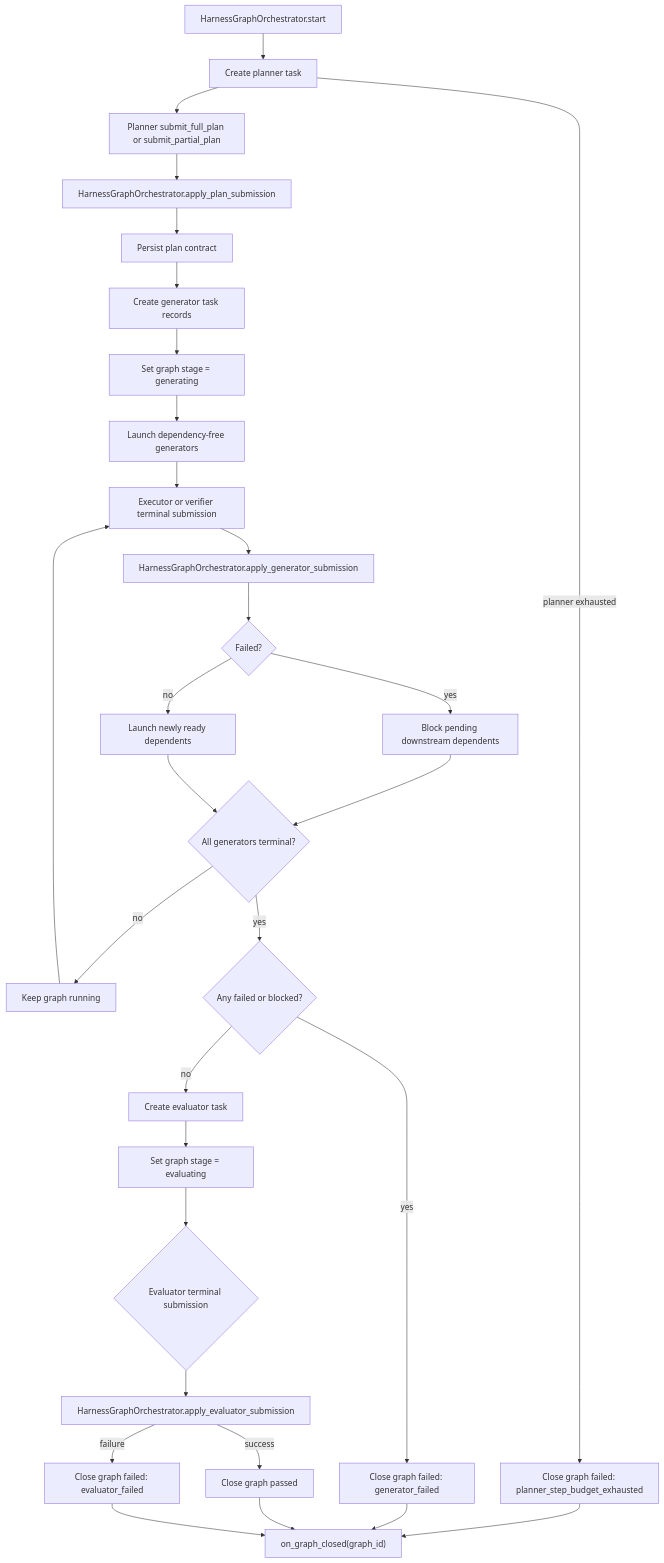
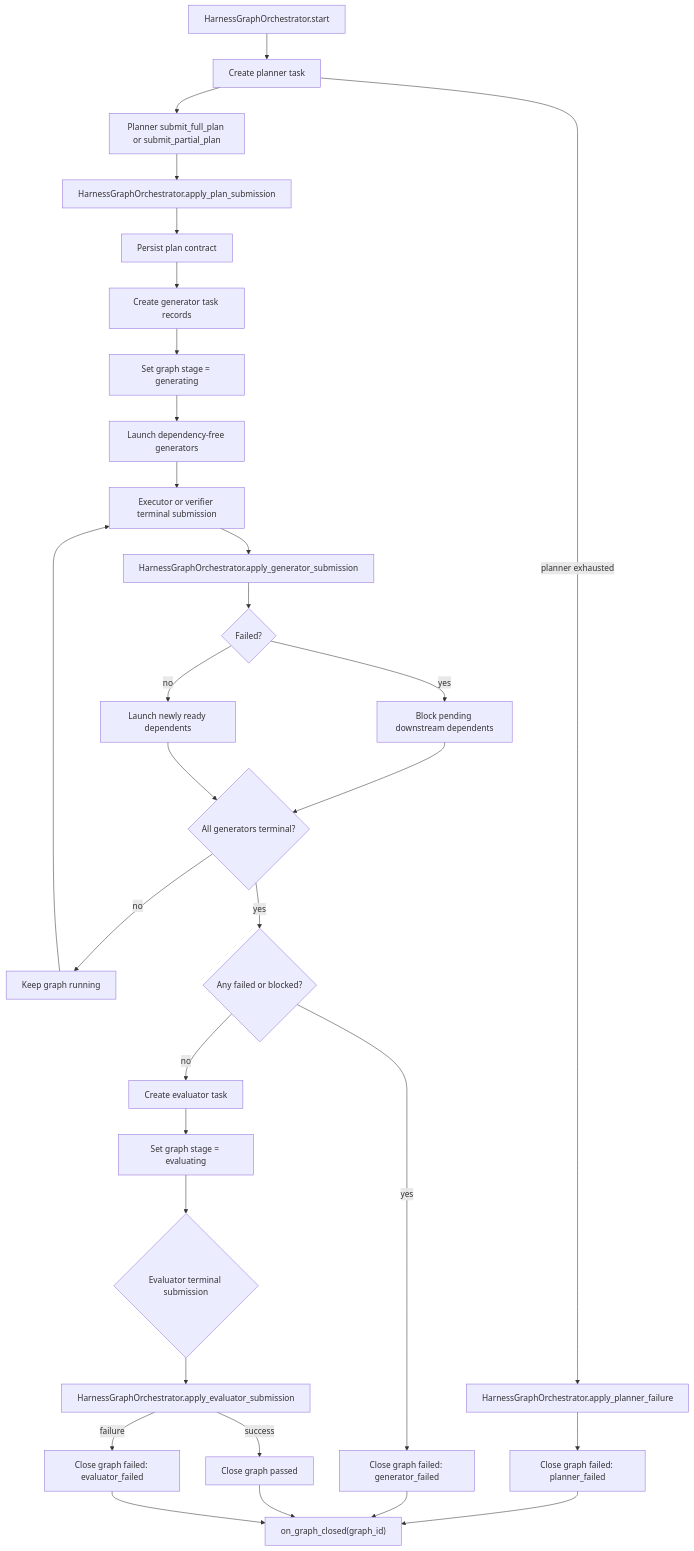
Before and after one commit to Ephemeral-AI-Lab/ephemeral-os: the first of 3 diagrams in docs/architecture/task-center-harness-migration/phase-02-implementation-plan.md, drawn with Mermaid. The commit also changed other lines of this file and 1 other file, not shown here.

First line of the commit message:
docs(phase-02): unify close paths via apply_planner_failure

````diff
--- a/docs/architecture/task-center-harness-migration/phase-02-implementation-plan.md
+++ b/docs/architecture/task-center-harness-migration/phase-02-implementation-plan.md
@@ -114,37 +114,38 @@
 ```mermaid
 flowchart TD
     Start["HarnessGraphOrchestrator.start"] --> Planner["Create planner task"]
     Planner --> PlanTool["Planner submit_full_plan or submit_partial_plan"]
     PlanTool --> PlanMutation["HarnessGraphOrchestrator.apply_plan_submission"]
     PlanMutation --> Contract["Persist plan contract"]
     Contract --> GenRecords["Create generator task records"]
     GenRecords --> GenStage["Set graph stage = generating"]
     GenStage --> LaunchRoots["Launch dependency-free generators"]
 
-    Planner -->|"planner exhausted"| PlannerFail["Close graph failed: planner_step_budget_exhausted"]
+    Planner -->|"planner exhausted"| PlannerFailMutation["HarnessGraphOrchestrator.apply_planner_failure"]
+    PlannerFailMutation --> PlannerFail["Close graph failed: planner_failed"]
 
     LaunchRoots --> GenEvent["Executor or verifier terminal submission"]
     GenEvent --> GenMutation["HarnessGraphOrchestrator.apply_generator_submission"]
     GenMutation --> GenFailed{"Failed?"}
     GenFailed -->|"yes"| BlockDeps["Block pending downstream dependents"]
     GenFailed -->|"no"| LaunchReady["Launch newly ready dependents"]
 
     BlockDeps --> Quiescent{"All generators terminal?"}
     LaunchReady --> Quiescent
     Quiescent -->|"no"| Wait["Keep graph running"]
     Wait --> GenEvent
     Quiescent -->|"yes"| AnyBad{"Any failed or blocked?"}
     AnyBad -->|"yes"| GenFail["Close graph failed: generator_failed"]
     AnyBad -->|"no"| Eval["Create evaluator task"]
 
     Eval --> EvalStage["Set graph stage = evaluating"]
     EvalStage --> EvalEvent{"Evaluator terminal submission"}
     EvalEvent --> EvalMutation["HarnessGraphOrchestrator.apply_evaluator_submission"]
     EvalMutation -->|"success"| Passed["Close graph passed"]
     EvalMutation -->|"failure"| EvalFail["Close graph failed: evaluator_failed"]
 
     PlannerFail --> Callback["on_graph_closed(graph_id)"]
     GenFail --> Callback
     Passed --> Callback
     EvalFail --> Callback
 ```
````
